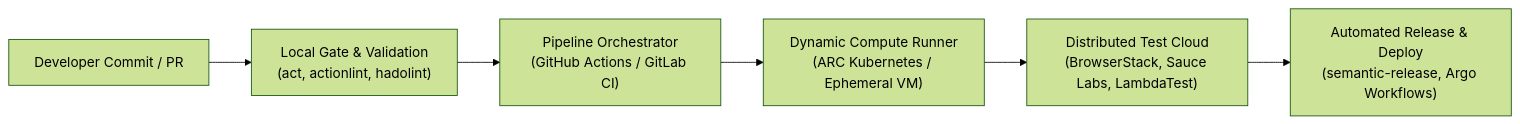
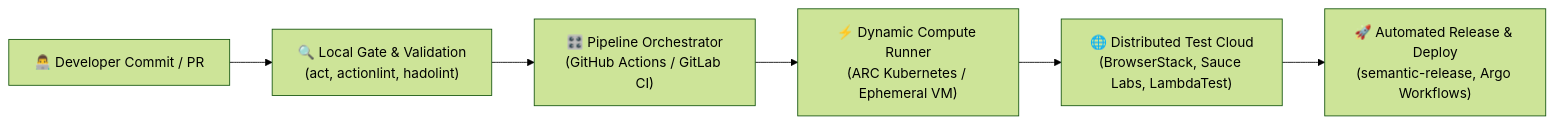
One commit to ishandutta2007/Awesome-CI-Build-Pipeline-Integration changed the diagram in README.md. Above: the diagram before and after it, drawn with Mermaid (forest theme). The commit also changed other lines of this file and 1 other file, not shown here.

Commit message:
Decorate README: add dynamic SVG banner, custom badges, emoji styling, Star History chart, and Support section

````diff
--- a/README.md
+++ b/README.md
@@ -83,8 +92,8 @@
 ```mermaid
 flowchart LR
-    A["Developer Commit / PR"] --> B["Local Gate & Validation<br/>(act, actionlint, hadolint)"]
-    B --> C["Pipeline Orchestrator<br/>(GitHub Actions / GitLab CI)"]
-    C --> D["Dynamic Compute Runner<br/>(ARC Kubernetes / Ephemeral VM)"]
-    D --> E["Distributed Test Cloud<br/>(BrowserStack, Sauce Labs, LambdaTest)"]
-    E --> F["Automated Release & Deploy<br/>(semantic-release, Argo Workflows)"]
+    A["👨‍💻 Developer Commit / PR"] --> B["🔍 Local Gate & Validation<br/>(act, actionlint, hadolint)"]
+    B --> C["🎛️ Pipeline Orchestrator<br/>(GitHub Actions / GitLab CI)"]
+    C --> D["⚡ Dynamic Compute Runner<br/>(ARC Kubernetes / Ephemeral VM)"]
+    D --> E["🌐 Distributed Test Cloud<br/>(BrowserStack, Sauce Labs, LambdaTest)"]
+    E --> F["🚀 Automated Release & Deploy<br/>(semantic-release, Argo Workflows)"]
 ```
````
